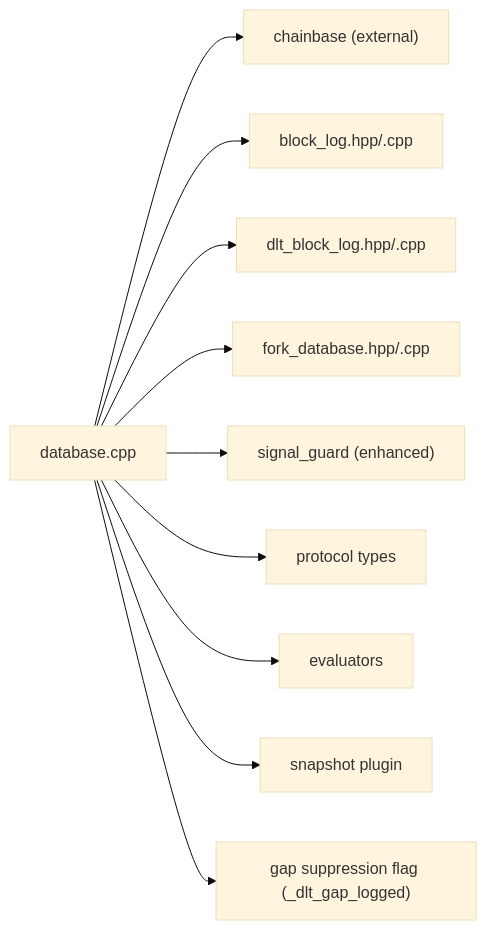
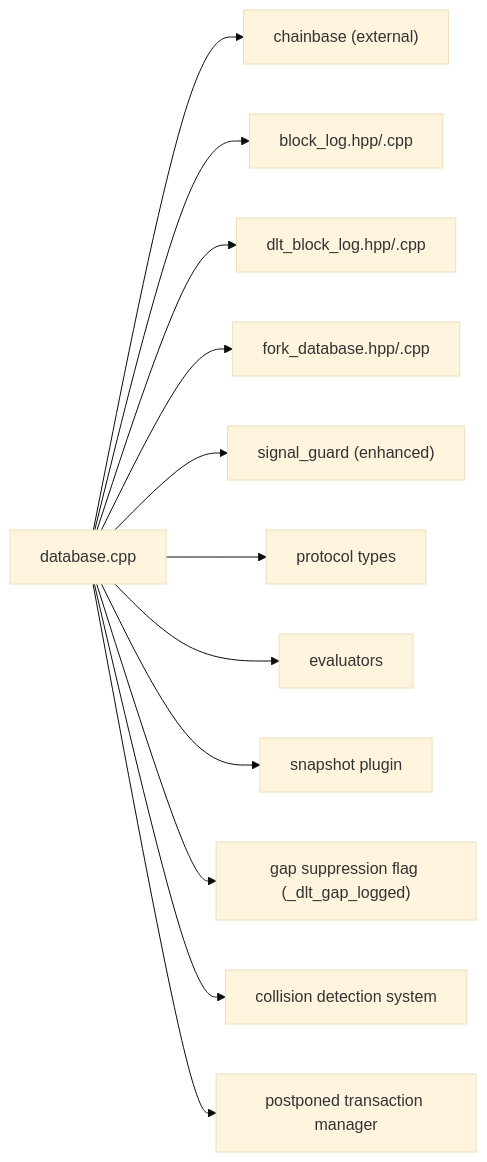
Diagram 15 of 15 in .qoder/repowiki/en/content/Architecture Overview/Core Libraries/Chain Library/Database Management/Database Management.md (VIZ-Blockchain/viz-cpp-node), drawn with Mermaid (base theme) before and after one commit. The commit also changed other lines of this file and 4 other files, not shown here.

````diff
--- a/.qoder/repowiki/en/content/Architecture Overview/Core Libraries/Chain Library/Database Management/Database Management.md
+++ b/.qoder/repowiki/en/content/Architecture Overview/Core Libraries/Chain Library/Database Management/Database Management.md
@@ -600,12 +698,14 @@
 ```mermaid
 graph LR
 DB["database.cpp"] --> CB["chainbase (external)"]
 DB --> BL["block_log.hpp/.cpp"]
 DB --> DLT["dlt_block_log.hpp/.cpp"]
 DB --> FD["fork_database.hpp/.cpp"]
 DB --> SG["signal_guard (enhanced)"]
 DB --> PT["protocol types"]
 DB --> EV["evaluators"]
 DB --> SNAP["snapshot plugin"]
 DB --> GAP["gap suppression flag (_dlt_gap_logged)"]
+DB --> COLL["collision detection system"]
+DB --> POST["postponed transaction manager"]
 ```
````
